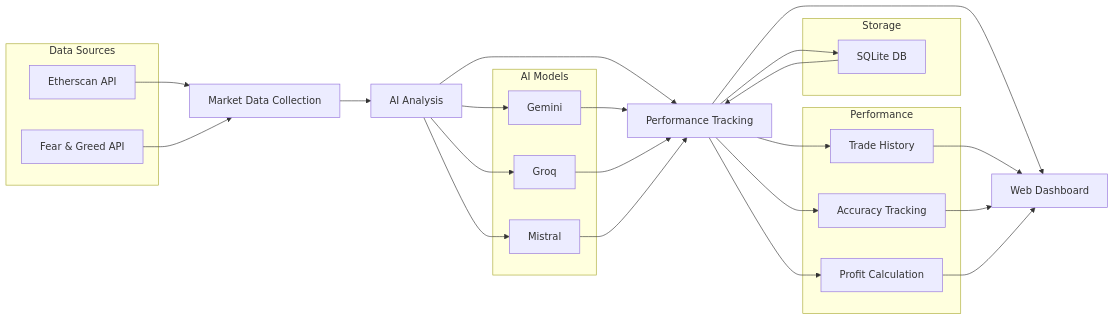
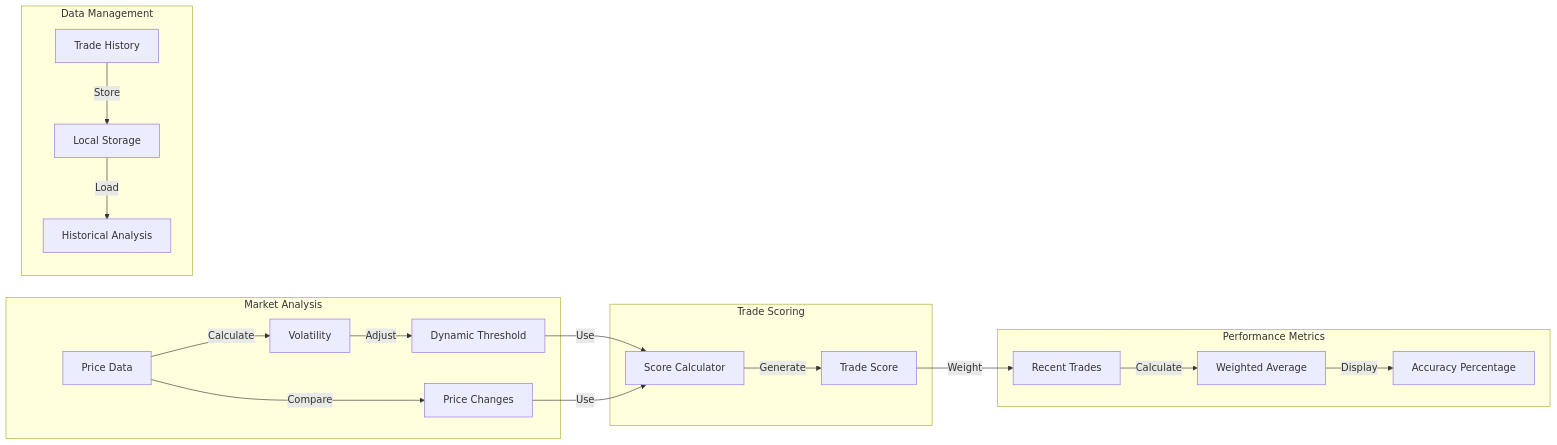
One commit to Qbandev/stbchef changed the third of 3 diagrams in README.md. Above: the diagram before and after it, drawn with Mermaid. The commit also changed other lines of this file and 6 other files, not shown here.

````diff
--- a/README.md
+++ b/README.md
@@ -128,36 +313,25 @@
 ```mermaid
 graph LR
-    A[Market Data Collection] --> B[AI Analysis]
-    B --> C[Performance Tracking]
-    C --> D[Web Dashboard]
-    
-    subgraph Data Sources
-        E[Etherscan API]
-        F[Fear & Greed API]
+    subgraph Market Analysis
+        A[Price Data] -->|Calculate| B[Volatility]
+        B -->|Adjust| C[Dynamic Threshold]
+        A -->|Compare| D[Price Changes]
     end
-    
-    subgraph AI Models
-        G[Gemini]
-        H[Groq]
-        I[Mistral]
+
+    subgraph Trade Scoring
+        C -->|Use| E[Score Calculator]
+        D -->|Use| E
+        E -->|Generate| F[Trade Score]
     end
-    
-    subgraph Storage
-        J[SQLite DB]
+
+    subgraph Performance Metrics
+        F -->|Weight| G[Recent Trades]
+        G -->|Calculate| H[Weighted Average]
+        H -->|Display| I[Accuracy Percentage]
     end
-    
-    subgraph Performance
-        K[Trade History]
-        L[Accuracy Tracking]
-        M[Profit Calculation]
+
+    subgraph Data Management
+        J[Trade History] -->|Store| K[Local Storage]
+        K -->|Load| L[Historical Analysis]
     end
-    
-    E --> A
-    F --> A
-    B --> G & H & I
-    G & H & I --> C
-    J --> C
-    C --> J
-    C --> K & L & M
-    K & L & M --> D
 ```
````
